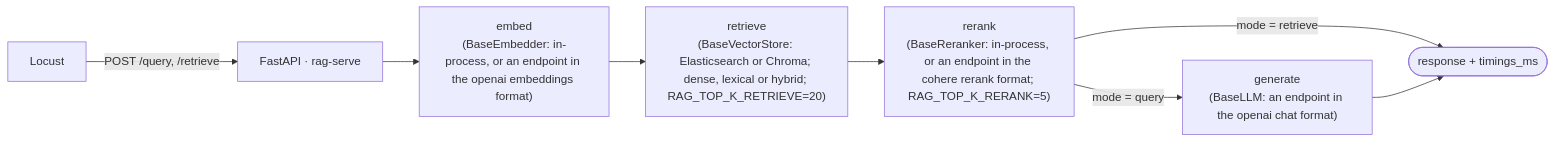
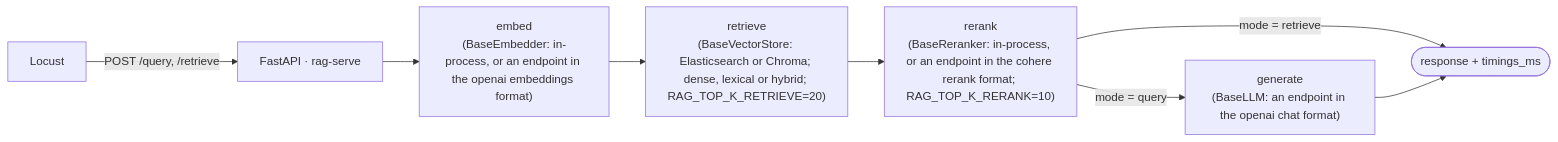
Before and after one commit to msobroza/rag_topology_loadtest: the diagram in README.md, drawn with Mermaid. The commit also changed other lines of this file and 3 other files, not shown here.

````diff
--- a/README.md
+++ b/README.md
@@ -30,10 +30,10 @@
 ```mermaid
 flowchart LR
     L[Locust] -->|POST /query, /retrieve| API[FastAPI · rag-serve]
     API --> E["embed<br/>(BaseEmbedder: in-process, or an endpoint in the openai embeddings format)"]
     E --> R["retrieve<br/>(BaseVectorStore: Elasticsearch or Chroma; dense, lexical or hybrid; RAG_TOP_K_RETRIEVE=20)"]
-    R --> K["rerank<br/>(BaseReranker: in-process, or an endpoint in the cohere rerank format; RAG_TOP_K_RERANK=5)"]
+    R --> K["rerank<br/>(BaseReranker: in-process, or an endpoint in the cohere rerank format; RAG_TOP_K_RERANK=10)"]
     K -->|mode = query| G["generate<br/>(BaseLLM: an endpoint in the openai chat format)"]
     K -->|mode = retrieve| Z([response + timings_ms])
     G --> Z
 ```
````
